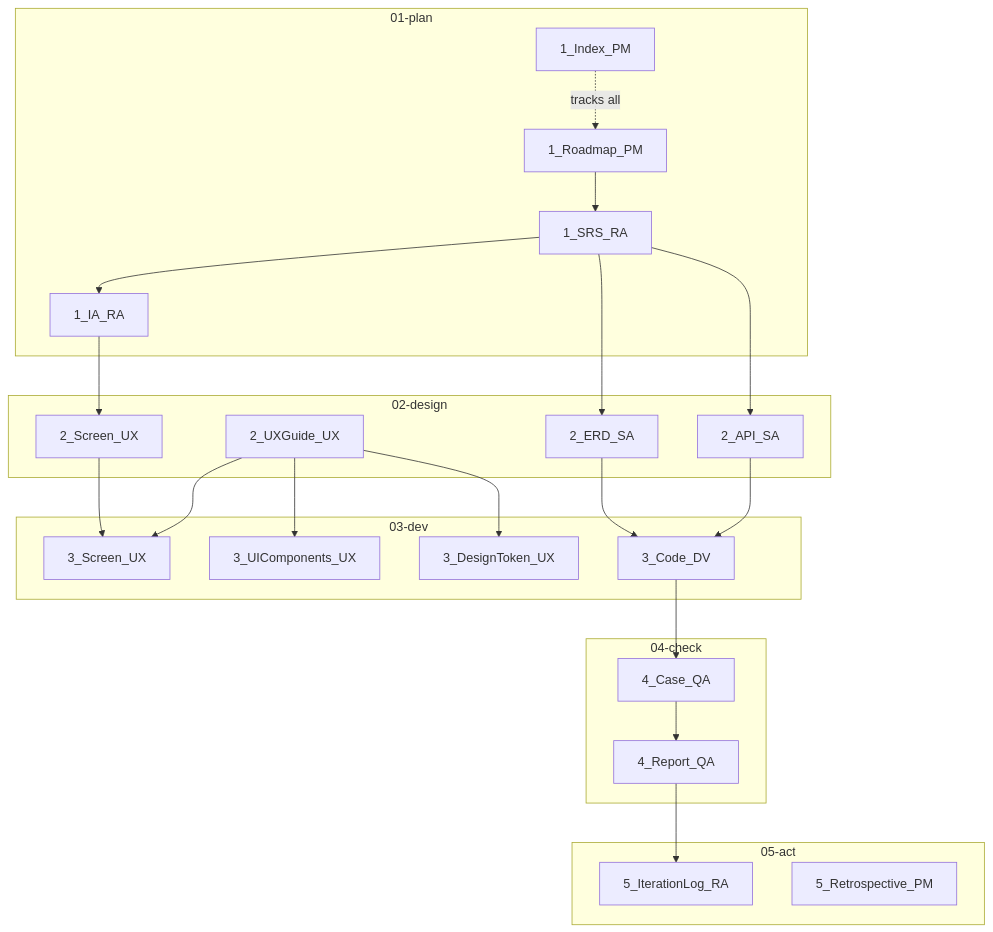
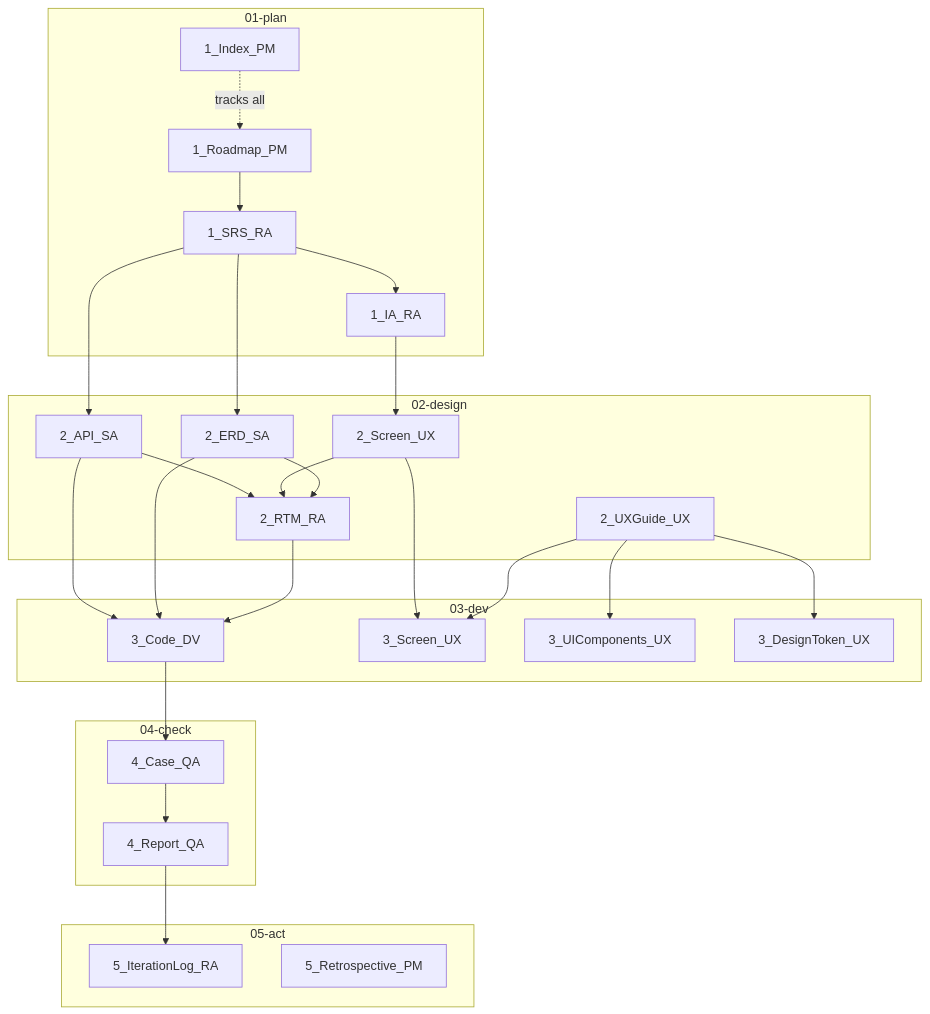
Before and after one commit to upleat-ax/u-maker-plugin: the first of 2 diagrams in templates/01-plan/1_Index_PM.template.md, drawn with Mermaid. The commit also changed other lines of this file and 22 other files, not shown here.

````diff
--- a/templates/01-plan/1_Index_PM.template.md
+++ b/templates/01-plan/1_Index_PM.template.md
@@ -80,49 +82,54 @@
 ```mermaid
 flowchart TD
     subgraph PLAN["01-plan"]
         ROADMAP[1_Roadmap_PM]
         SRS[1_SRS_RA]
         IA[1_IA_RA]
         INDEX[1_Index_PM]
     end
 
     subgraph DESIGN["02-design"]
         SCREEN[2_Screen_UX]
         DSYS[2_UXGuide_UX]
         ERD[2_ERD_SA]
+        RTM[2_RTM_RA]
         API[2_API_SA]
     end
 
     subgraph DEV["03-dev"]
         CODE[3_Code_DV]
         SCR_UX[3_Screen_UX]
         UICOMP[3_UIComponents_UX]
         DTOKEN[3_DesignToken_UX]
     end
 
     subgraph CHECK["04-check"]
         CASE[4_Case_QA]
         REPORT[4_Report_QA]
     end
 
     subgraph ACT["05-act"]
         ITERLOG[5_IterationLog_RA]
         RETRO[5_Retrospective_PM]
     end
 
     ROADMAP --> SRS
     SRS --> IA
     SRS --> ERD
     SRS --> API
     IA --> SCREEN
     DSYS --> SCR_UX
     DSYS --> UICOMP
     DSYS --> DTOKEN
+    ERD --> RTM
+    SCREEN --> RTM
+    API --> RTM
+    RTM --> CODE
     ERD --> CODE
     API --> CODE
     SCREEN --> SCR_UX
     CODE --> CASE
     CASE --> REPORT
     REPORT --> ITERLOG
     INDEX -.->|tracks all| ROADMAP
 ```
````
